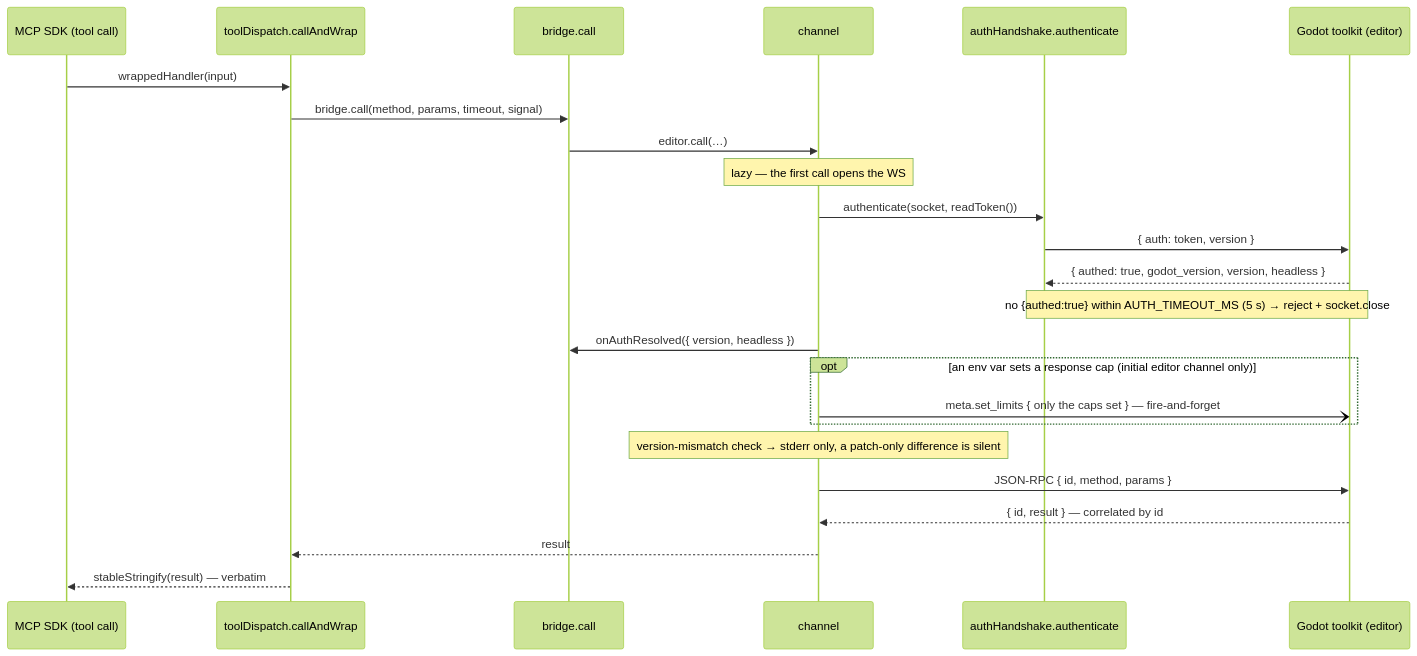
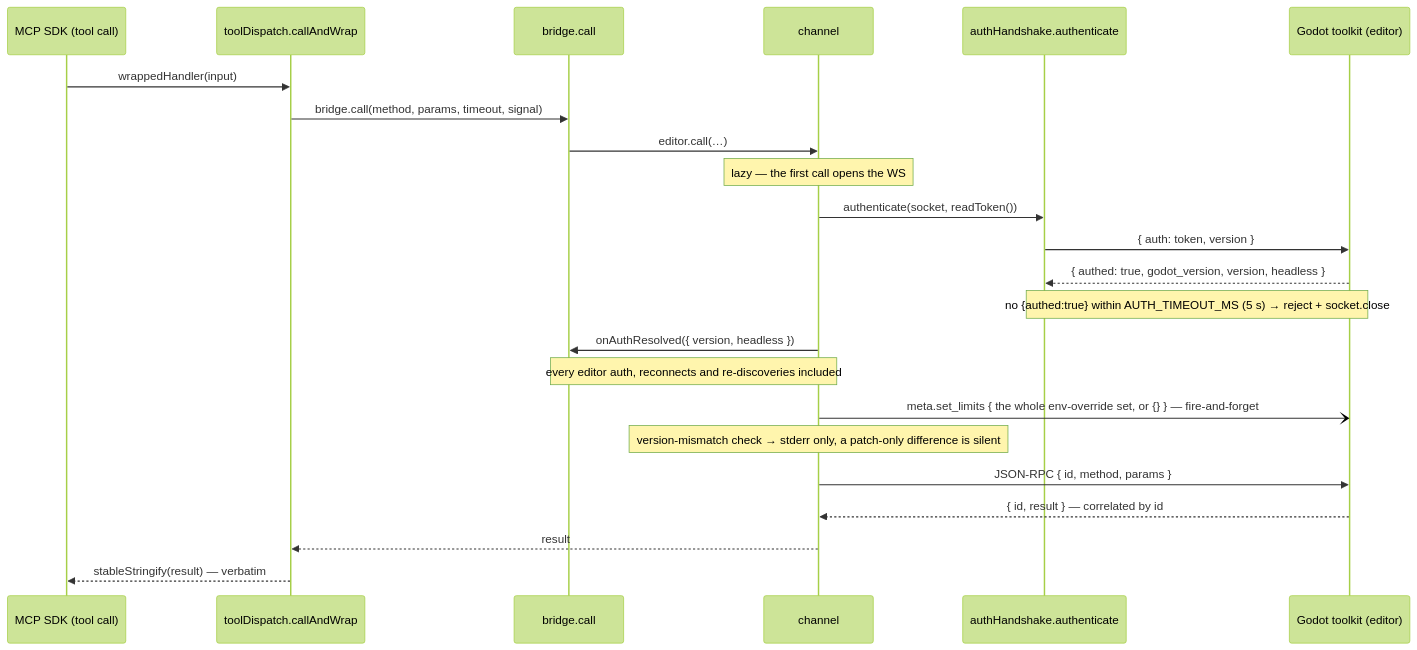
One commit to NPGameDev/godot-mcp-server changed the fourth of 13 diagrams in docs/architecture/README.md. Above: the diagram before and after it, drawn with Mermaid (forest theme). The commit also changed other lines of this file, not shown here.

Commit message:
docs(arch): re-attest the figures that depict the limits push

````diff
--- a/docs/architecture/README.md
+++ b/docs/architecture/README.md
@@ -272,26 +272,25 @@
 ```mermaid
 sequenceDiagram
     participant SDK as MCP SDK (tool call)
     participant D as toolDispatch.callAndWrap
     participant B as bridge.call
     participant Ch as channel
     participant A as authHandshake.authenticate
     participant TK as Godot toolkit (editor)
     SDK->>D: wrappedHandler(input)
     D->>B: bridge.call(method, params, timeout, signal)
     B->>Ch: editor.call(…)
     Note over Ch: lazy — the first call opens the WS
     Ch->>A: authenticate(socket, readToken())
     A->>TK: { auth: token, version }
     TK-->>A: { authed: true, godot_version, version, headless }
     Note over A,TK: no {authed:true} within AUTH_TIMEOUT_MS (5 s) → reject + socket.close
     Ch->>B: onAuthResolved({ version, headless })
-    opt an env var sets a response cap (initial editor channel only)
-        Ch-)TK: meta.set_limits { only the caps set } — fire-and-forget
-    end
+    Note over B,Ch: every editor auth, reconnects and re-discoveries included
+    Ch-)TK: meta.set_limits { the whole env-override set, or {} } — fire-and-forget
     Note over Ch: version-mismatch check → stderr only, a patch-only difference is silent
     Ch->>TK: JSON-RPC { id, method, params }
     TK-->>Ch: { id, result } — correlated by id
     Ch-->>D: result
     D-->>SDK: stableStringify(result) — verbatim
 ```
````
